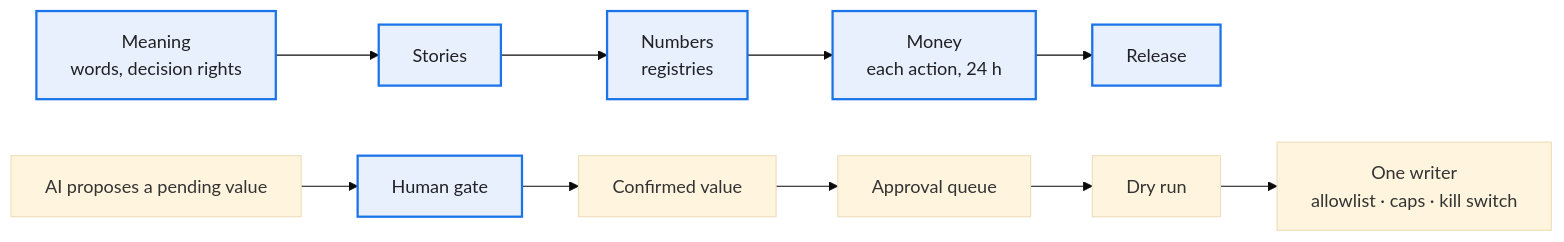
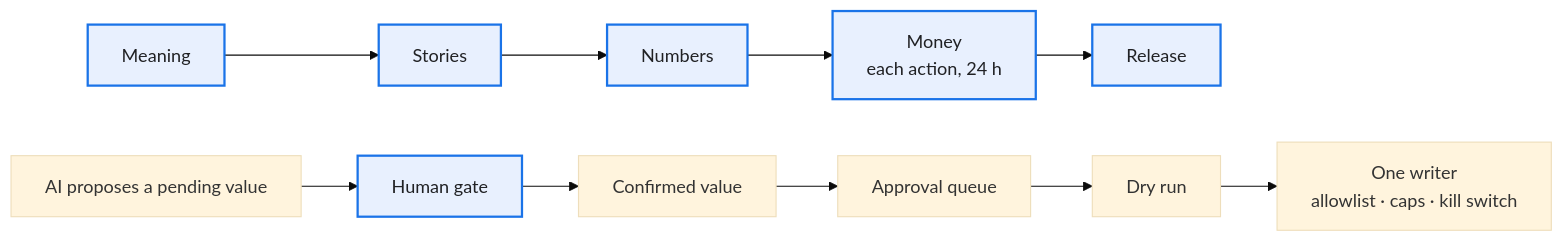
The third of 4 diagrams in docs/overview.md (thaddeus-builds/skill-pack-playbook), drawn with Mermaid (base theme) before and after one commit. The commit also changed other lines of this file and 1 other file, not shown here.

````diff
--- a/docs/overview.md
+++ b/docs/overview.md
@@ -65,7 +92,7 @@
 ```mermaid
 flowchart LR
-    G1["Meaning<br/>words, decision rights"]:::owner --> G2["Stories"]:::owner --> G3["Numbers<br/>registries"]:::owner --> G4["Money<br/>each action, 24 h"]:::owner --> G5["Release"]:::owner
+    G1["Meaning"]:::owner --> G2["Stories"]:::owner --> G3["Numbers"]:::owner --> G4["Money<br/>each action, 24 h"]:::owner --> G5["Release"]:::owner
     A["AI proposes a pending value"] --> H["Human gate"]:::owner --> V["Confirmed value"]
     V --> Q["Approval queue"] --> D["Dry run"] --> W["One writer<br/>allowlist · caps · kill switch"]
     classDef owner fill:#e8f0fe,stroke:#1a73e8,stroke-width:2px,color:#202124
 ```
````
